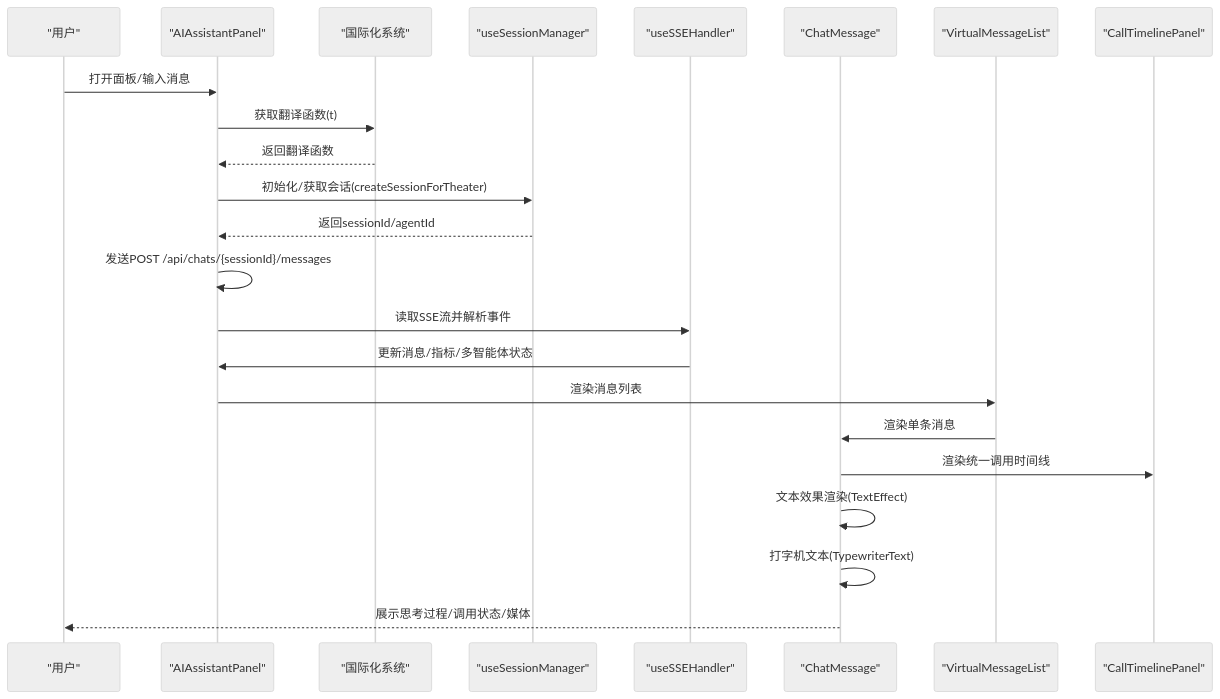
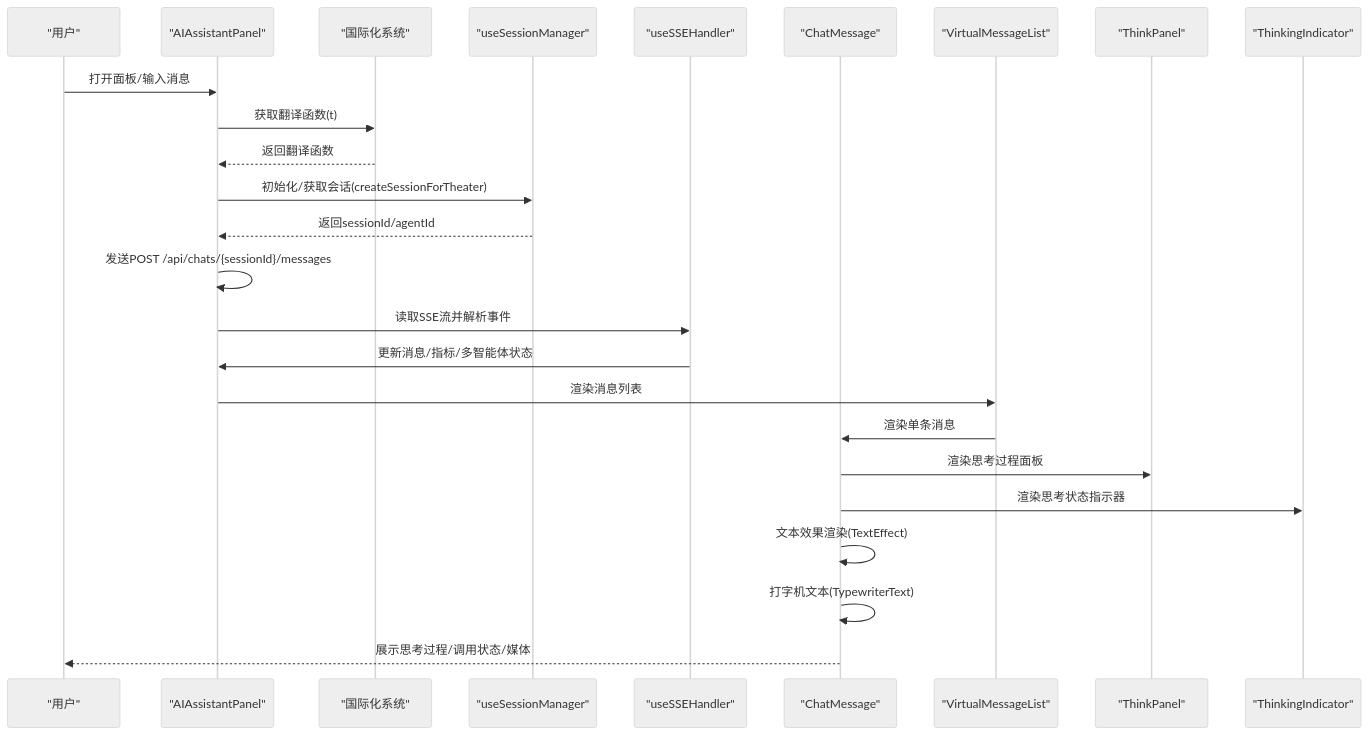
Before and after one commit to KunLabAI/KunFlix: the second of 16 diagrams in .qoder/repowiki/zh/content/系统架构/前端架构/组件架构/AI助手组件/AI助手组件.md, drawn with Mermaid (neutral theme). The commit also changed other lines of this file and 14 other files, not shown here.

````diff
--- a/.qoder/repowiki/zh/content/系统架构/前端架构/组件架构/AI助手组件/AI助手组件.md
+++ b/.qoder/repowiki/zh/content/系统架构/前端架构/组件架构/AI助手组件/AI助手组件.md
@@ -184,25 +187,27 @@
 ```mermaid
 sequenceDiagram
 participant U as "用户"
 participant P as "AIAssistantPanel"
 participant N as "国际化系统"
 participant S as "useSessionManager"
 participant SSE as "useSSEHandler"
 participant M as "ChatMessage"
 participant V as "VirtualMessageList"
-participant CT as "CallTimelinePanel"
+participant TP as "ThinkPanel"
+participant TI as "ThinkingIndicator"
 U->>P : 打开面板/输入消息
 P->>N : 获取翻译函数(t)
 N-->>P : 返回翻译函数
 P->>S : 初始化/获取会话(createSessionForTheater)
 S-->>P : 返回sessionId/agentId
 P->>P : 发送POST /api/chats/{sessionId}/messages
 P->>SSE : 读取SSE流并解析事件
 SSE->>P : 更新消息/指标/多智能体状态
 P->>V : 渲染消息列表
 V->>M : 渲染单条消息
-M->>CT : 渲染统一调用时间线
+M->>TP : 渲染思考过程面板
+M->>TI : 渲染思考状态指示器
 M->>M : 文本效果渲染(TextEffect)
 M->>M : 打字机文本(TypewriterText)
 M-->>U : 展示思考过程/调用状态/媒体
 ```
````
